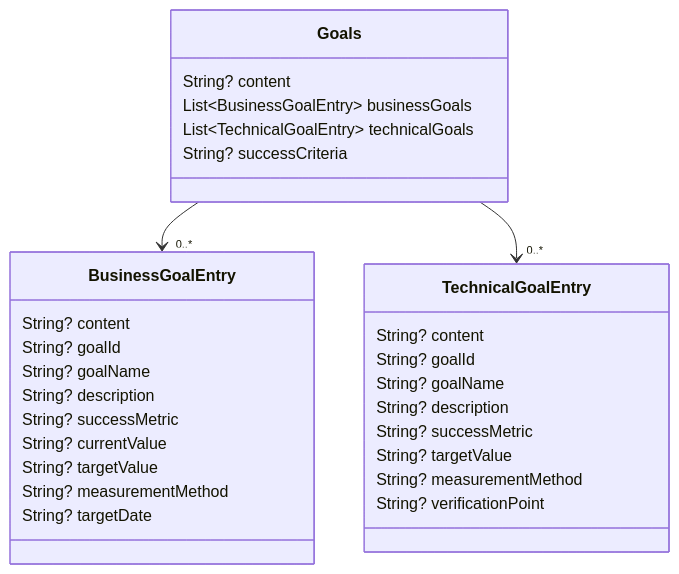
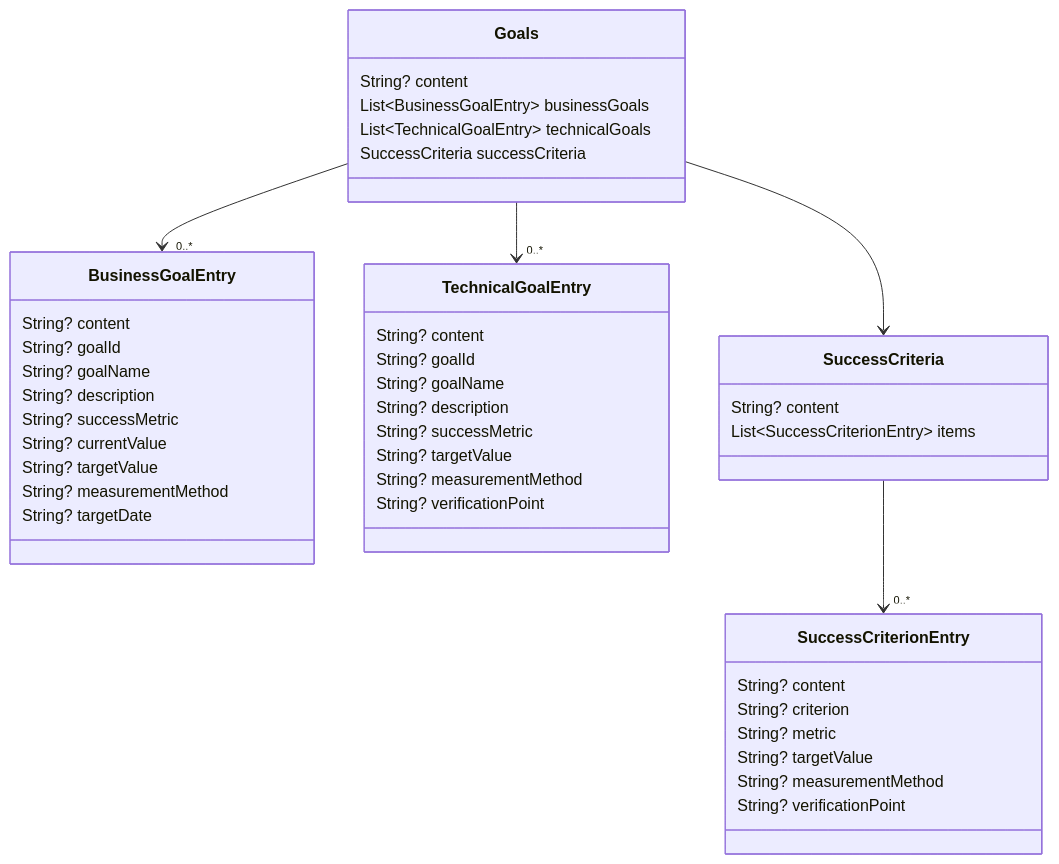
Before and after one commit to al-the-bear/tom_ai_build: the seventh of 22 diagrams in tom_specs_model/doc/pd_project_definition_model.md, drawn with Mermaid. The commit also changed other lines of this file and 15 other files, not shown here.

````diff
--- a/tom_specs_model/doc/pd_project_definition_model.md
+++ b/tom_specs_model/doc/pd_project_definition_model.md
@@ -455,35 +533,51 @@
 ```mermaid
 classDiagram
     class Goals {
         String? content
         List~BusinessGoalEntry~ businessGoals
         List~TechnicalGoalEntry~ technicalGoals
-        String? successCriteria
+        SuccessCriteria successCriteria
     }
 
     class BusinessGoalEntry {
         String? content
         String? goalId
         String? goalName
         String? description
         String? successMetric
         String? currentValue
         String? targetValue
         String? measurementMethod
         String? targetDate
     }
 
     class TechnicalGoalEntry {
         String? content
         String? goalId
         String? goalName
         String? description
         String? successMetric
         String? targetValue
         String? measurementMethod
         String? verificationPoint
     }
 
+    class SuccessCriteria {
+        String? content
+        List~SuccessCriterionEntry~ items
+    }
+
+    class SuccessCriterionEntry {
+        String? content
+        String? criterion
+        String? metric
+        String? targetValue
+        String? measurementMethod
+        String? verificationPoint
+    }
+
     Goals --> "0..*" BusinessGoalEntry
     Goals --> "0..*" TechnicalGoalEntry
+    Goals --> SuccessCriteria
+    SuccessCriteria --> "0..*" SuccessCriterionEntry
 ```
````
